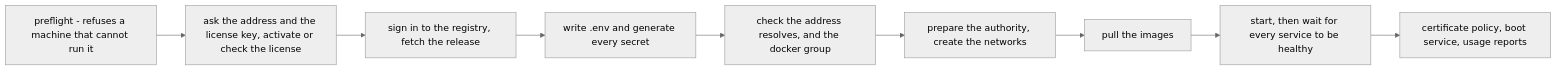
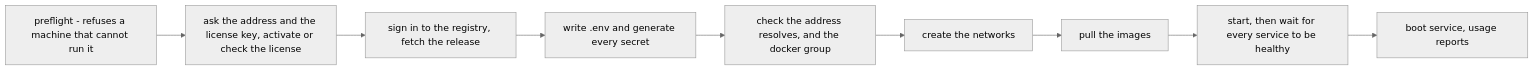
The diagram in docs/install.md (understand-tech/ai-in-a-box), drawn with Mermaid (neutral theme) before and after one commit. The commit also changed other lines of this file and 8 other files, not shown here.

````diff
--- a/docs/install.md
+++ b/docs/install.md
@@ -14,14 +14,14 @@
 ```mermaid
 flowchart LR
     PREFLIGHT["preflight - refuses a machine that cannot run it"]
     ASK["ask the address and the license key, activate or check the license"]
     FETCH["sign in to the registry, fetch the release"]
     CONFIGURE["write .env and generate every secret"]
     RESOLVE["check the address resolves, and the docker group"]
-    CA["prepare the authority, create the networks"]
+    CA["create the networks"]
     PULL["pull the images"]
     START["start, then wait for every service to be healthy"]
-    PERSIST["certificate policy, boot service, usage reports"]
+    PERSIST["boot service, usage reports"]
     PREFLIGHT --> ASK --> FETCH --> CONFIGURE --> RESOLVE
     RESOLVE --> CA --> PULL --> START --> PERSIST
 ```
````
